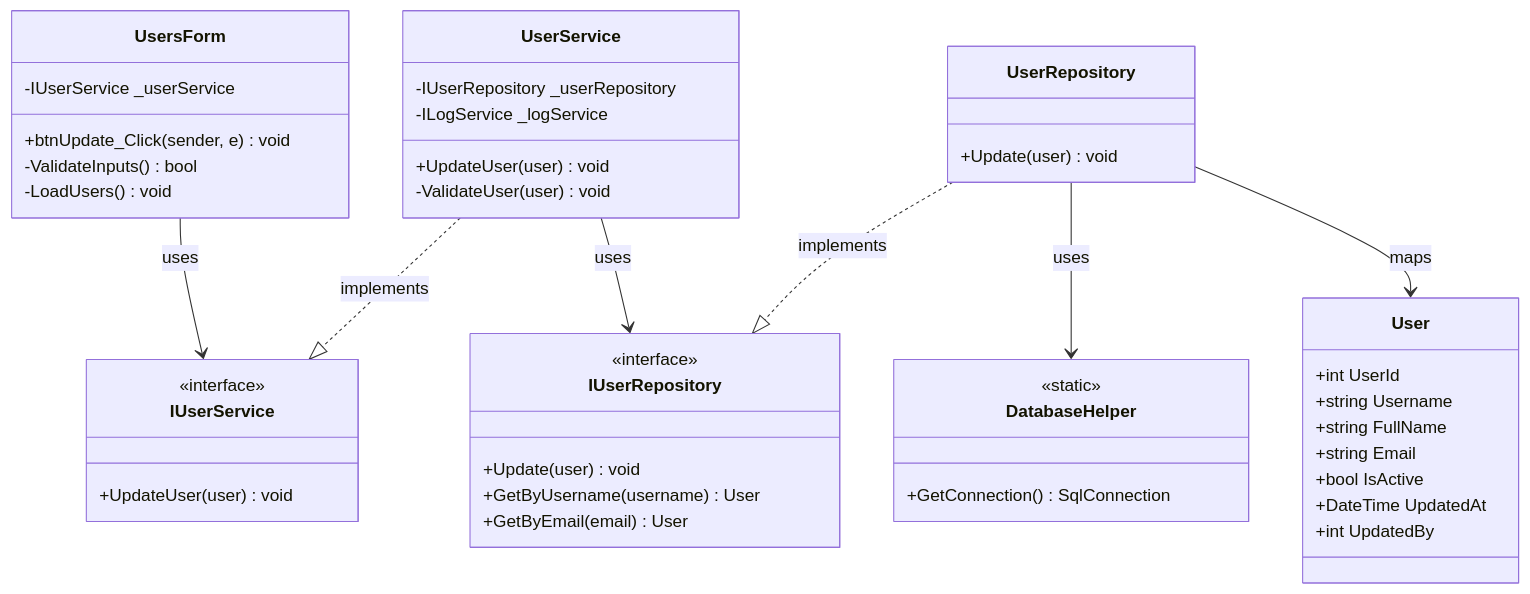
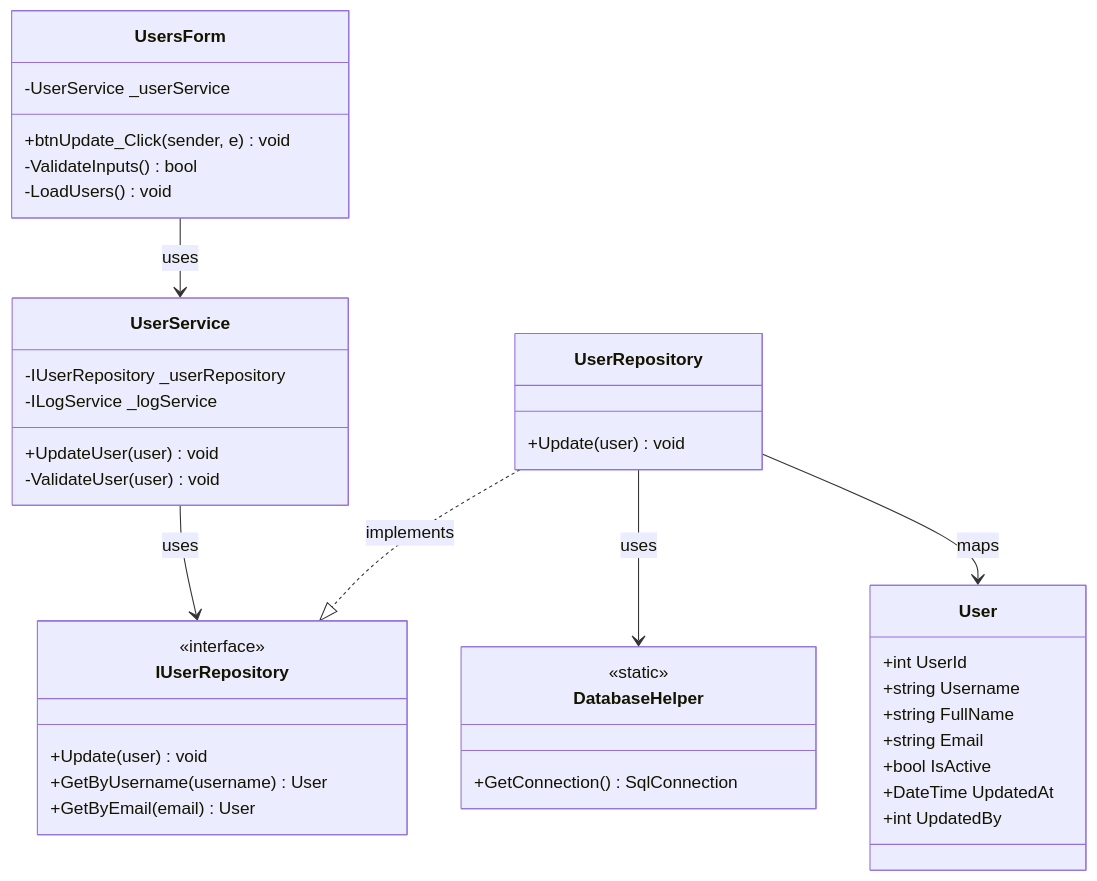
Diagram 17 of 18 in Documentation/UML_Diagrams/19_Users_UseCases.md (nahuk86/tp_diploma_nk_2026), drawn with Mermaid before and after one commit. The commit also changed other lines of this file and 1 other file, not shown here.

First line of the commit message:
docs: remove non-existent IUserService and IRoleService interface references

````diff
--- a/Documentation/UML_Diagrams/19_Users_UseCases.md
+++ b/Documentation/UML_Diagrams/19_Users_UseCases.md
@@ -704,54 +655,48 @@
 ```mermaid
 classDiagram
     class UsersForm {
-        -IUserService _userService
+        -UserService _userService
         +btnUpdate_Click(sender, e) void
         -ValidateInputs() bool
         -LoadUsers() void
-    }
-
-    class IUserService {
-        <<interface>>
-        +UpdateUser(user) void
     }
 
     class UserService {
         -IUserRepository _userRepository
         -ILogService _logService
         +UpdateUser(user) void
         -ValidateUser(user) void
     }
 
     class IUserRepository {
         <<interface>>
         +Update(user) void
         +GetByUsername(username) User
         +GetByEmail(email) User
     }
 
     class UserRepository {
         +Update(user) void
     }
 
     class DatabaseHelper {
         <<static>>
         +GetConnection() SqlConnection
     }
 
     class User {
         +int UserId
         +string Username
         +string FullName
         +string Email
         +bool IsActive
         +DateTime UpdatedAt
         +int UpdatedBy
     }
 
-    UsersForm --> IUserService : uses
-    UserService ..|> IUserService : implements
+    UsersForm --> UserService : uses
     UserService --> IUserRepository : uses
     UserRepository ..|> IUserRepository : implements
     UserRepository --> DatabaseHelper : uses
     UserRepository --> User : maps
 ```
````
